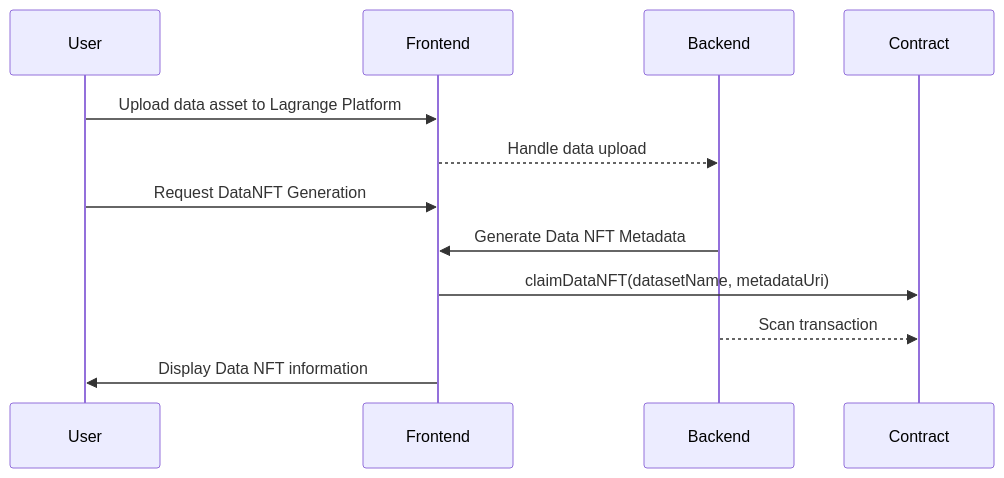
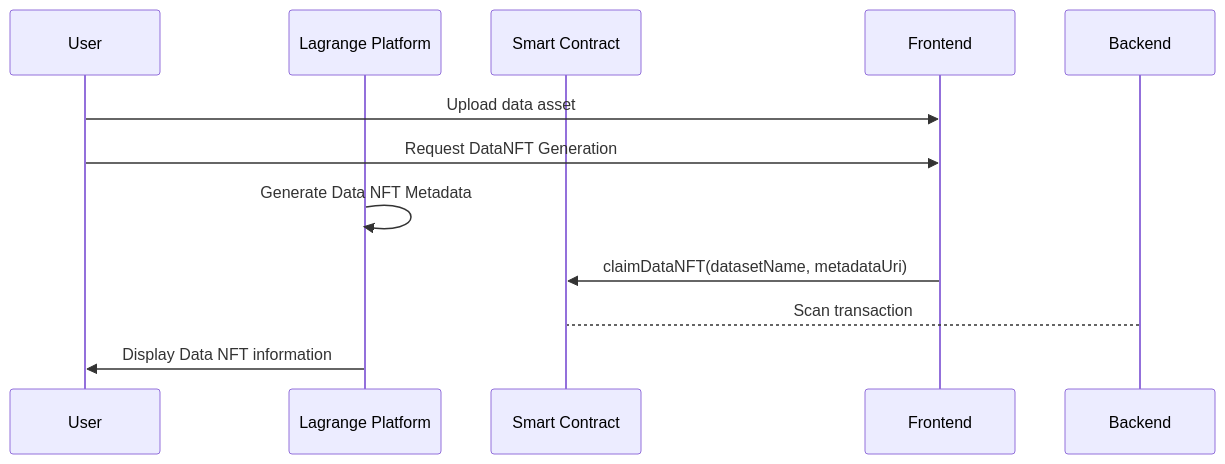
Before and after one commit to lagrangedao/datanft: the diagram in README.md, drawn with Mermaid.

Commit message:
readme workflow update

````diff
--- a/README.md
+++ b/README.md
@@ -26,14 +26,12 @@
 ```mermaid
 sequenceDiagram;
   participant User
-  participant Frontend
-  participant Backend
-  participant Contract
-    User->>Frontend: Upload data asset to Lagrange Platform;
-    Frontend-->>Backend: Handle data upload
+  participant Lagrange Platform
+  participant Smart Contract
+    User->>Frontend: Upload data asset;
     User->>Frontend: Request DataNFT Generation
-    Backend->>Frontend: Generate Data NFT Metadata
-    Frontend->>Contract: claimDataNFT(datasetName, metadataUri)
-    Backend-->>Contract: Scan transaction
-    Frontend->>User: Display Data NFT information
+    Lagrange Platform->>Lagrange Platform: Generate Data NFT Metadata
+    Frontend->>Smart Contract: claimDataNFT(datasetName, metadataUri)
+    Backend-->Smart Contract: Scan transaction
+    Lagrange Platform->>User: Display Data NFT information
 ```
````
